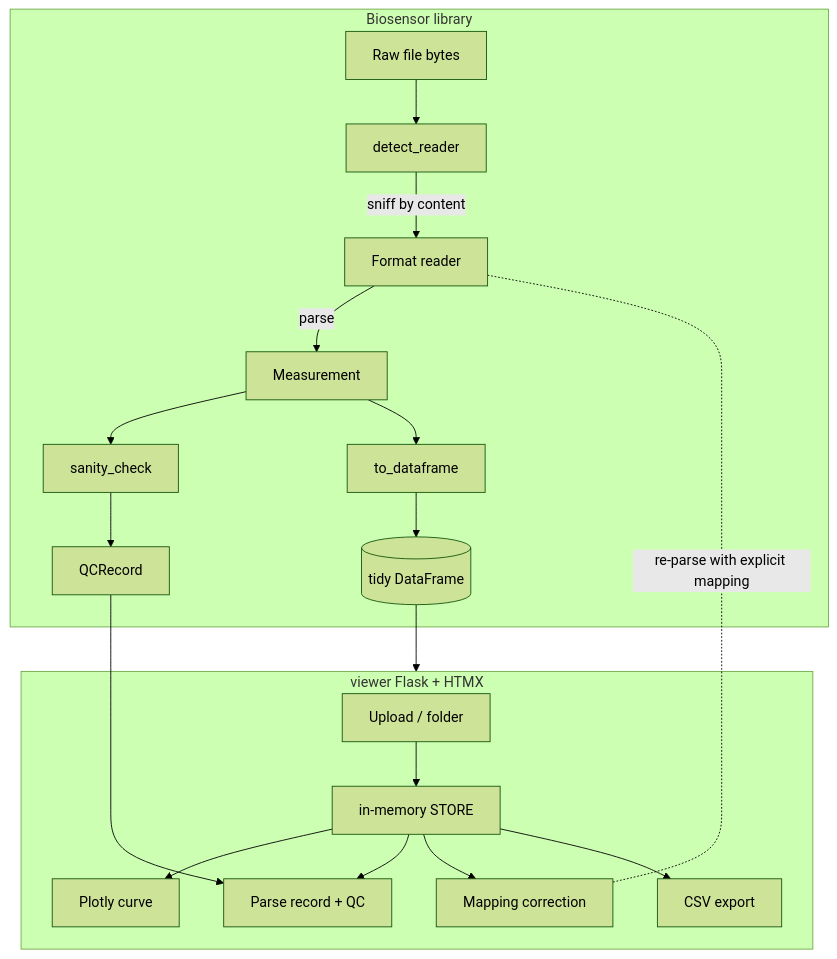
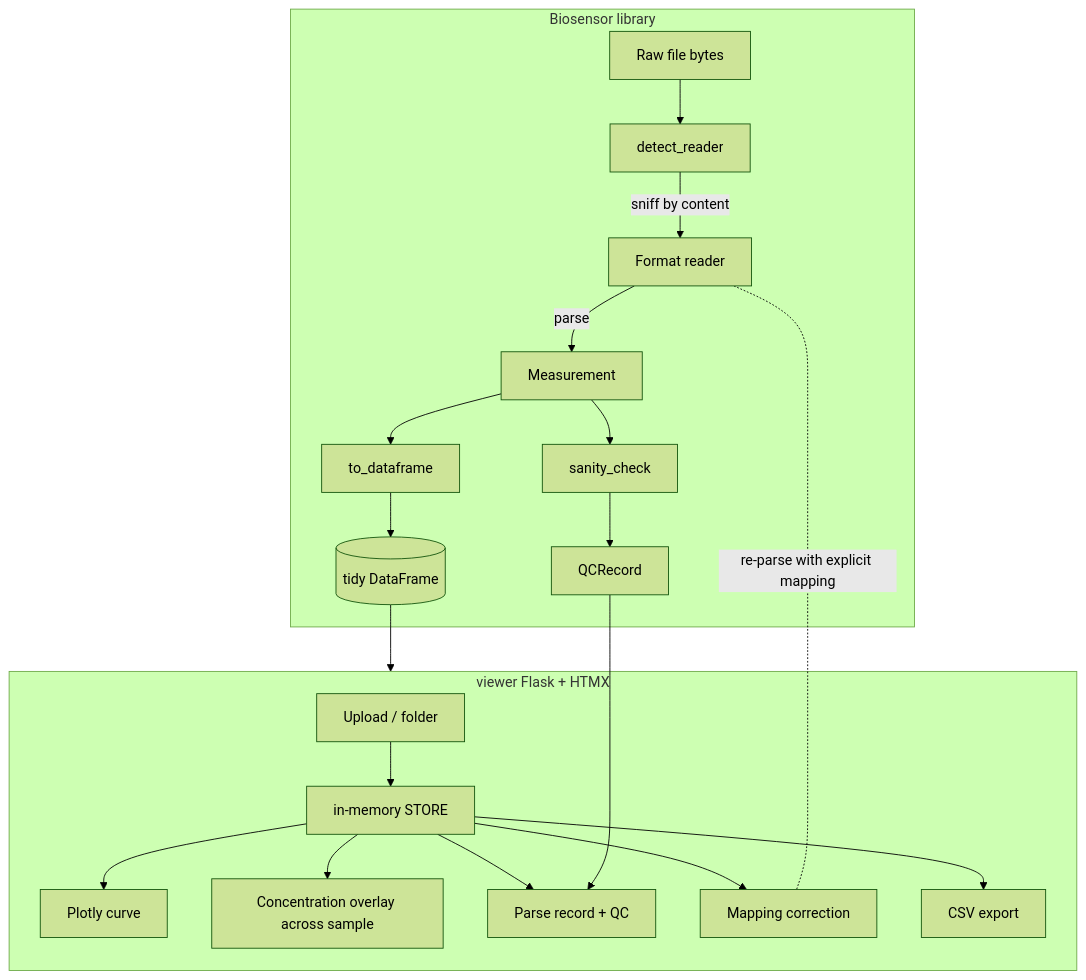
One commit to shehuphd/biosensor changed the diagram in ARCHITECTURE.md. Above: the diagram before and after it, drawn with Mermaid (forest theme). The commit also changed other lines of this file and 32 other files, not shown here.

Commit message:
Release 1.2.0: add the viewer Overlay tab and read sample identity from file content

````diff
--- a/ARCHITECTURE.md
+++ b/ARCHITECTURE.md
@@ -9,24 +9,25 @@
 ```mermaid
 flowchart TD
     subgraph lib[Biosensor library]
         raw[Raw file bytes] --> detect[detect_reader]
         detect -->|sniff by content| reader[Format reader]
         reader -->|parse| meas[Measurement]
         meas --> qc[sanity_check]
         qc --> qcrec[QCRecord]
         meas --> tdf[to_dataframe]
         tdf --> frame[(tidy DataFrame)]
     end
 
     subgraph app[viewer Flask + HTMX]
         upload[Upload / folder] --> store[in-memory STORE]
         store --> plot[Plotly curve]
+        store --> overlay[Concentration overlay across sample]
         store --> record[Parse record + QC]
         store --> mapfix[Mapping correction]
         store --> export[CSV export]
     end
 
     frame --> app
     qcrec --> record
     reader -. re-parse with explicit mapping .- mapfix
 ```
````
